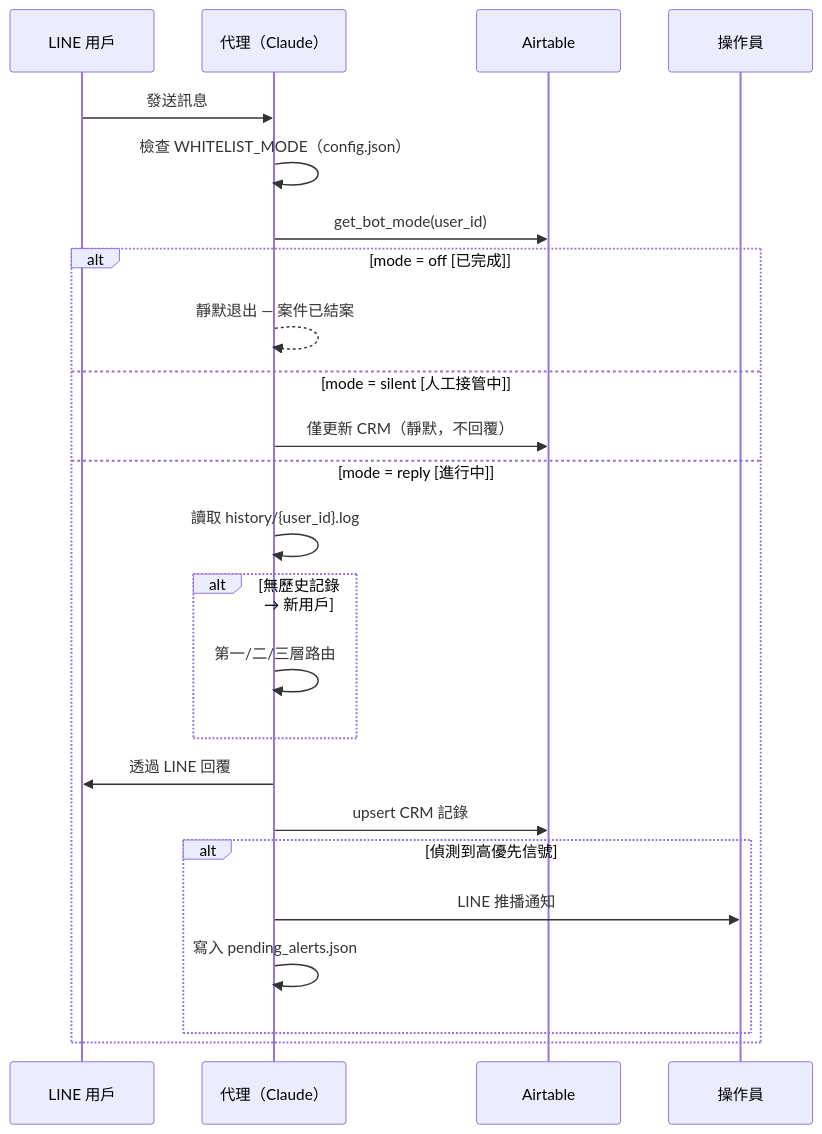
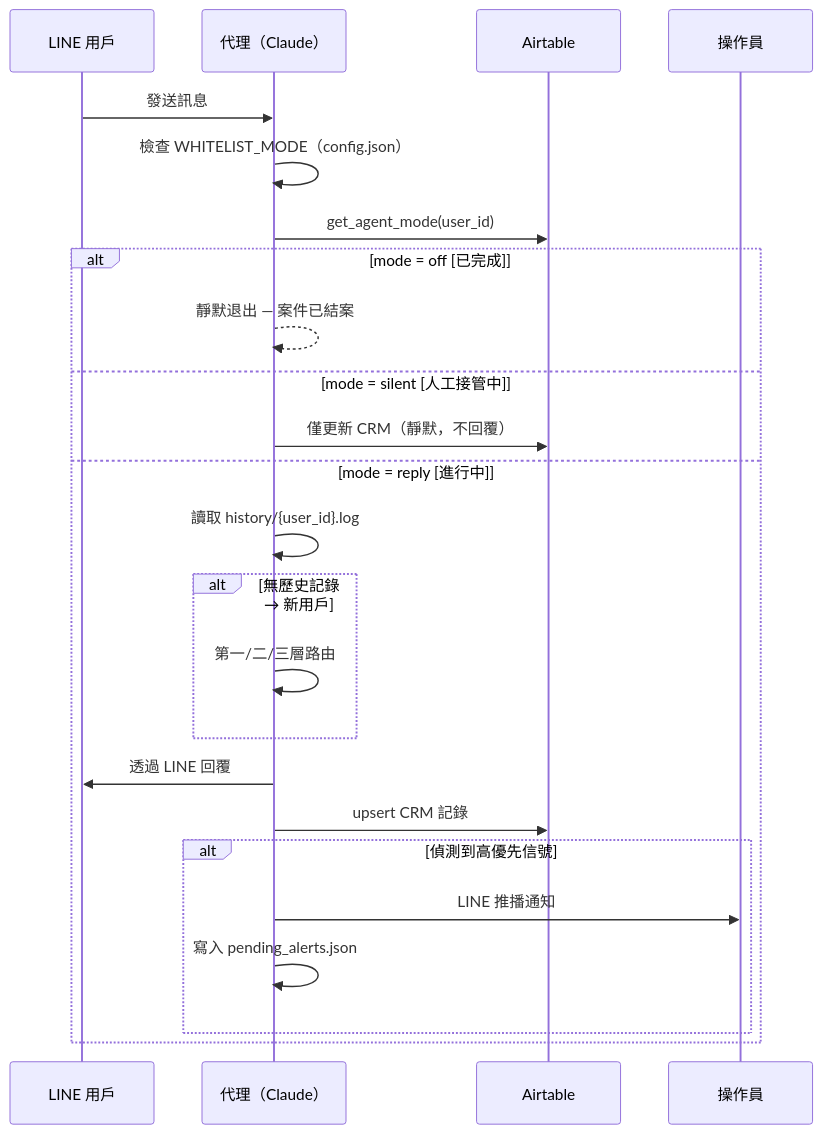
Before and after one commit to RealChrisL/scrivener-agent: the second of 4 diagrams in README.zh-TW.md, drawn with Mermaid. The commit also changed other lines of this file and 7 other files, not shown here.

First line of the commit message:
Rename bot → agent throughout — directory, code, and docs

````diff
--- a/README.zh-TW.md
+++ b/README.zh-TW.md
@@ -59,28 +59,28 @@
 ```mermaid
 sequenceDiagram
     participant U as LINE 用戶
     participant B as 代理（Claude）
     participant AT as Airtable
     participant N as 操作員
 
     U->>B: 發送訊息
     B->>B: 檢查 WHITELIST_MODE（config.json）
-    B->>AT: get_bot_mode(user_id)
+    B->>AT: get_agent_mode(user_id)
 
     alt mode = off  [已完成]
         B-->>B: 靜默退出 — 案件已結案
     else mode = silent  [人工接管中]
         B->>AT: 僅更新 CRM（靜默，不回覆）
     else mode = reply  [進行中]
         B->>B: 讀取 history/{user_id}.log
         alt 無歷史記錄 → 新用戶
             B->>B: 第一/二/三層路由
         end
         B->>U: 透過 LINE 回覆
         B->>AT: upsert CRM 記錄
         alt 偵測到高優先信號
             B->>N: LINE 推播通知
             B->>B: 寫入 pending_alerts.json
         end
     end
 ```
````
